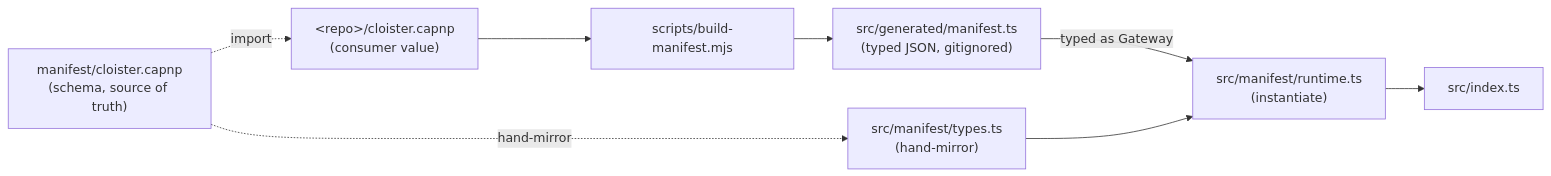
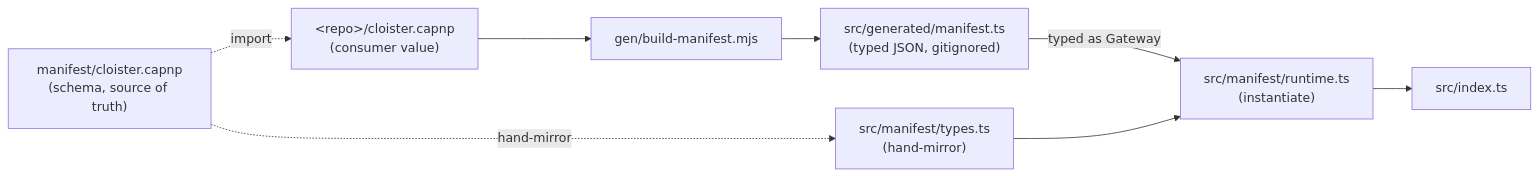
One commit to agentic-research/cloister changed the diagram in src/manifest/README.md. Above: the diagram before and after it, drawn with Mermaid. The commit also changed other lines of this file and 389 other files, not shown here.

````diff
--- a/src/manifest/README.md
+++ b/src/manifest/README.md
@@ -13,17 +13,17 @@
 ```mermaid
 flowchart LR
     SCH["manifest/cloister.capnp<br/>(schema, source of truth)"]
     CONS["&lt;repo&gt;/cloister.capnp<br/>(consumer value)"]
-    BLD["scripts/build-manifest.mjs"]
+    BLD["gen/build-manifest.mjs"]
     GEN["src/generated/manifest.ts<br/>(typed JSON, gitignored)"]
     TYP["src/manifest/types.ts<br/>(hand-mirror)"]
     RT["src/manifest/runtime.ts<br/>(instantiate)"]
     IDX["src/index.ts"]
 
     SCH -.->|import| CONS
     CONS --> BLD --> GEN
     SCH -.->|hand-mirror| TYP
     GEN -->|"typed as Gateway"| RT
     TYP --> RT
     RT --> IDX
 ```
````
